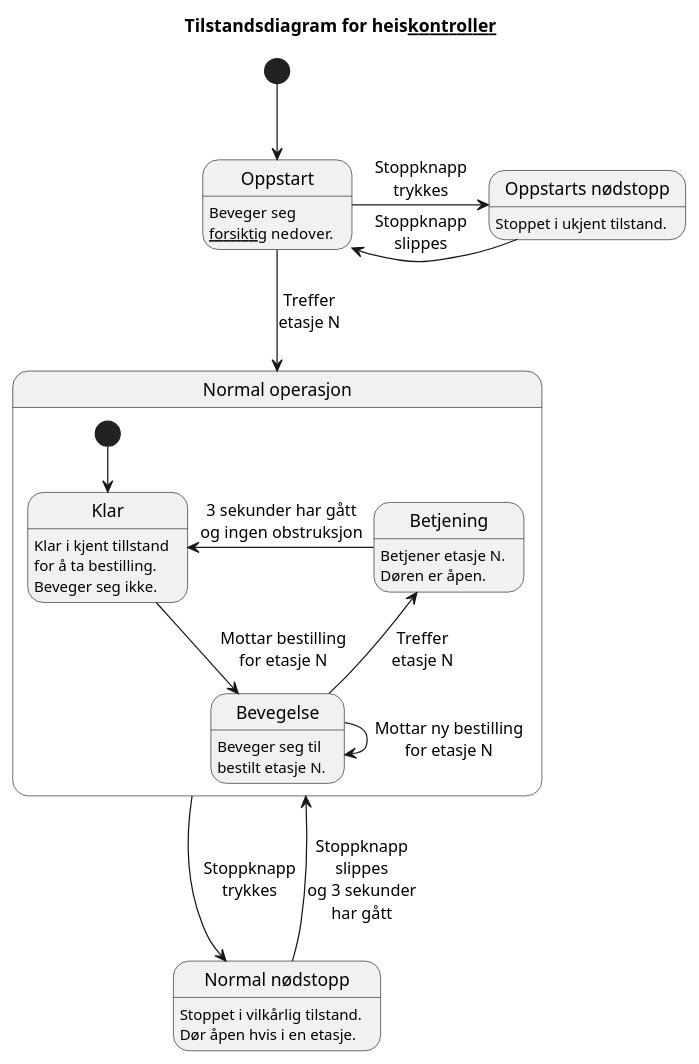
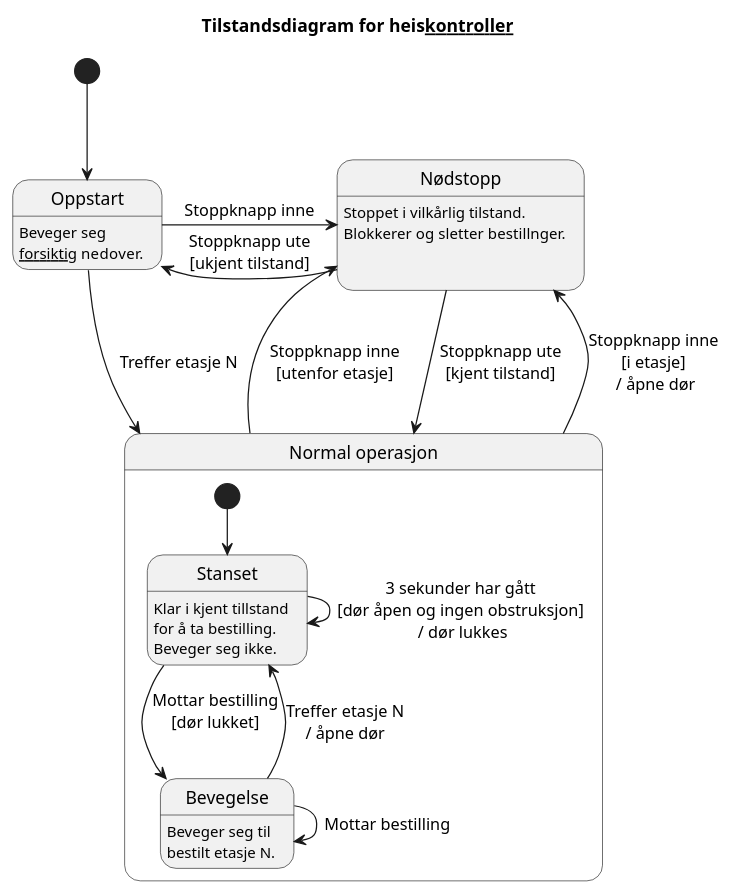
The diagram in docs/state_diagram.puml (Paulijuz/heisinator), drawn with PlantUML before and after one commit.

Commit message:
upgrade diagram by following tords advice

```diff
--- a/docs/state_diagram.puml
+++ b/docs/state_diagram.puml
@@ -1,46 +1,54 @@
 @startuml heis_tilstandsdiagram
 title "Tilstandsdiagram for heis__kontroller__"
 
 state "Normal operasjon" as normal
 state "Oppstart" as oppstart
-state "Normal nødstopp" as normal_stoppet
-state "Oppstarts nødstopp" as oppstart_stoppet
+state "Nødstopp" as stoppet
+'state "Oppstarts nødstopp" as oppstart_stoppet
 'state "Forvirret" as forvirret
 
 state normal {
-  state "Bevegelse" as bevegelse
-  state "Klar" as klar 
-  state "Betjening" as betjening
+state "Bevegelse" as bevegelse
+state "Stanset" as stanset 
+'state "Betjening" as betjening
 
-  [*] --> klar
+  [*] -down-> stanset
 
-  klar -down-> bevegelse: Mottar bestilling\nfor etasje N
-  klar: Klar i kjent tillstand\nfor å ta bestilling.
-  klar: Beveger seg ikke.
+  stanset -down-> bevegelse: Mottar bestilling\n[dør lukket]\n
+'stanset --> stoppet: Stoppknapp trykkes
+  stanset --> stanset: 3 sekunder har gått\n[dør åpen og ingen obstruksjon]\n / dør lukkes
+  stanset: Klar i kjent tillstand\nfor å ta bestilling.
+  stanset: Beveger seg ikke.
   
-  bevegelse --> bevegelse: Mottar ny bestilling\nfor etasje N
-  bevegelse -up-> betjening: Treffer\netasje N
+  bevegelse --> bevegelse: Mottar bestilling
+'bevegelse --> stoppet: Stoppknapp trykkes
+  bevegelse -up-> stanset: Treffer etasje N\n/ åpne dør
+'bevegelse -up-> betjening: Treffer\netasje N
   bevegelse: Beveger seg til\nbestilt etasje N.
 
-  betjening -left-> klar: 3 sekunder har gått\nog ingen obstruksjon
-  betjening: Betjener etasje N.
-  betjening: Døren er åpen.
+'betjening -left-> klar: 3 sekunder har gått\nog ingen obstruksjon
+'betjening: Betjener etasje N.
+'betjening: Døren er åpen.
   
-  normal --> normal_stoppet: Stoppknapp\ntrykkes
+  normal -up-> stoppet: Stoppknapp inne\n[i etasje]\n / åpne dør
+  normal -up-> stoppet: Stoppknapp inne\n[utenfor etasje]
 'normal --> forvirret: Treffer\nuforventet\netasje
 }
 
-[*] --> oppstart
+[*] -down-> oppstart
 
-oppstart --> normal: Treffer\netasje N
-oppstart -right-> oppstart_stoppet: Stoppknapp\ntrykkes
+oppstart -down-> normal: Treffer etasje N
+oppstart -right-> stoppet: Stoppknapp inne
 oppstart: Beveger seg\n__forsiktig__ nedover.
 
-oppstart_stoppet -left-> oppstart: Stoppknapp\nslippes
-oppstart_stoppet: Stoppet i ukjent tilstand.
+'oppstart_stoppet -left-> oppstart: Stoppknapp\nslippes
+'oppstart_stoppet: Stoppet i ukjent tilstand.
 
-normal_stoppet --> normal: Stoppknapp\nslippes\nog 3 sekunder\nhar gått
-normal_stoppet: Stoppet i vilkårlig tilstand.
-normal_stoppet: Dør åpen hvis i en etasje.
+stoppet -down-> normal: Stoppknapp ute\n[kjent tilstand]
+stoppet -left-> oppstart: Stoppknapp ute\n[ukjent tilstand]
+stoppet: Stoppet i vilkårlig tilstand.
+stoppet: Blokkerer og sletter bestillnger.
+stoppet: 
+stoppet:  
 
 @enduml
```
